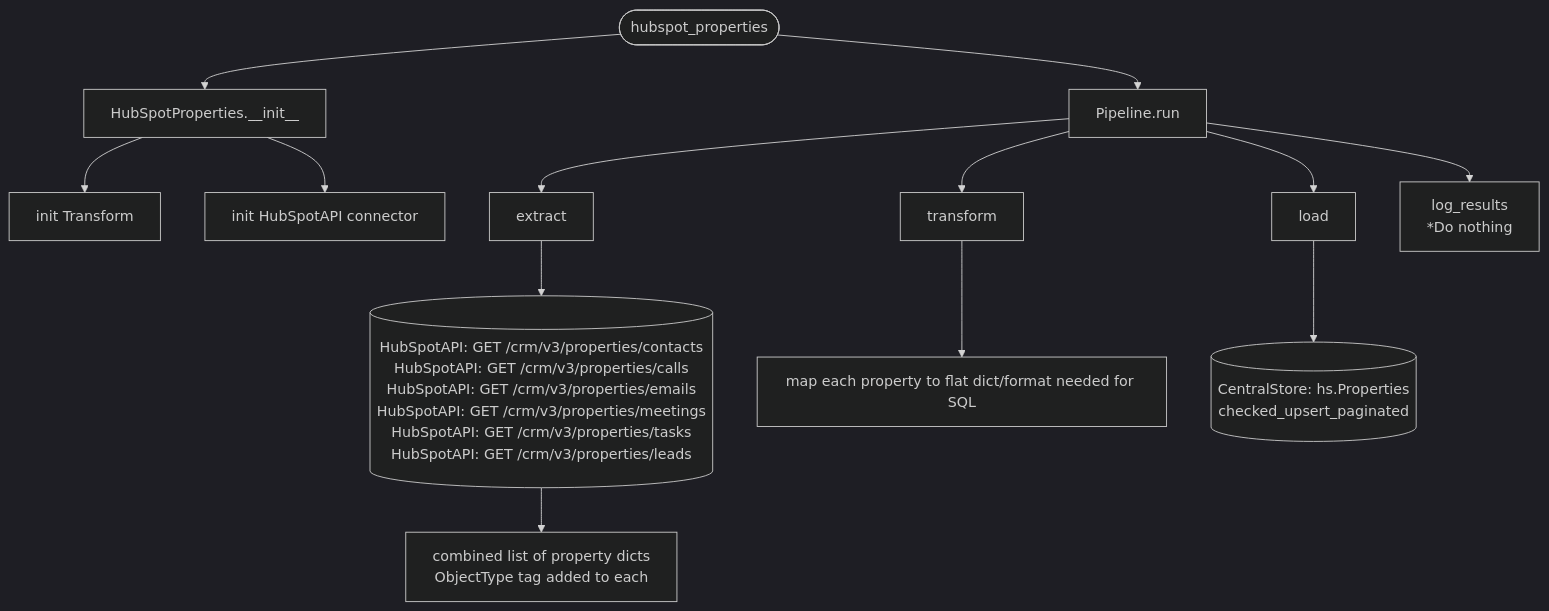
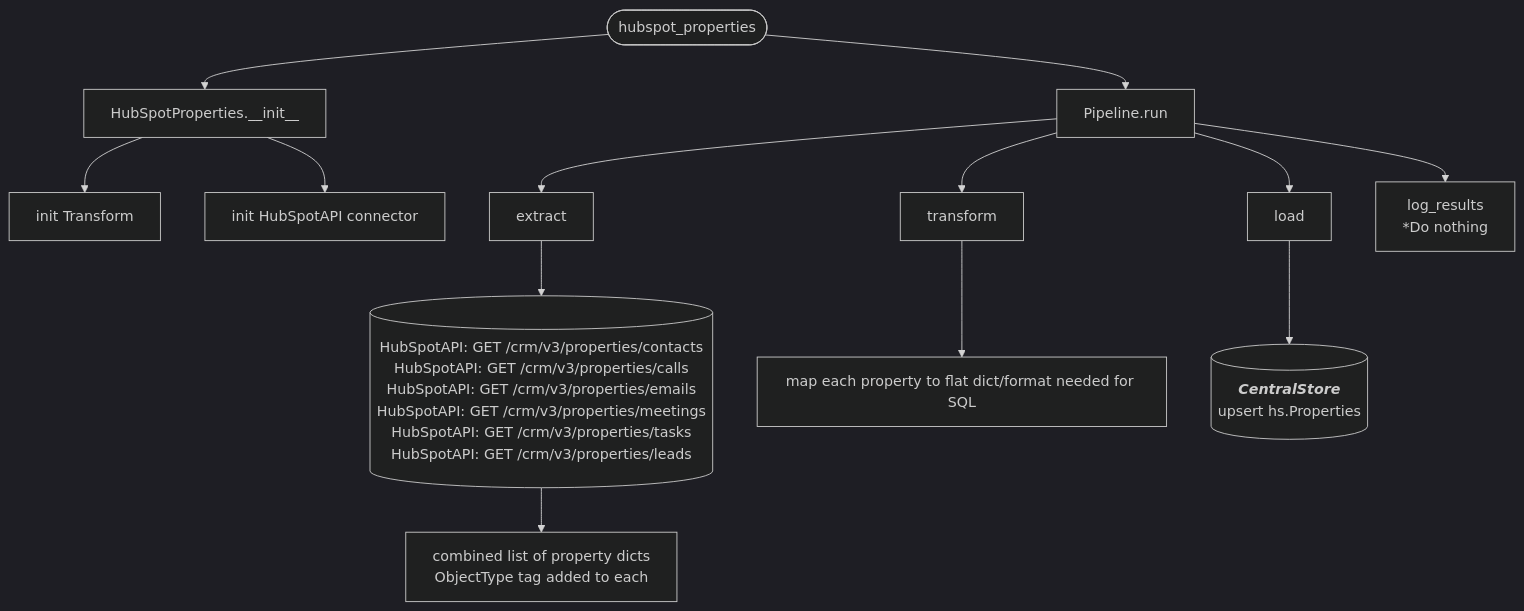
The diagram in docs/pipelines/hubspot_properties.md (journeyhl/integration-platform), drawn with Mermaid (dark theme) before and after one commit. The commit also changed 25 other files, not shown here.

````diff
--- a/docs/pipelines/hubspot_properties.md
+++ b/docs/pipelines/hubspot_properties.md
@@ -1,27 +1,30 @@
 ```mermaid
 %%{init: {"flowchart": {"wrappingWidth": 400}}}%%
 flowchart TD
     A([hubspot_properties]) --> B[HubSpotProperties.__init__]
     B --> B1[init Transform]
     B --> B2[init HubSpotAPI connector]
     A --> RUN[Pipeline.run]
 
     RUN --> EX[extract]
     
     EX --> HS[(HubSpotAPI: GET /crm/v3/properties/contacts
     HubSpotAPI: GET /crm/v3/properties/calls
     HubSpotAPI: GET /crm/v3/properties/emails
     HubSpotAPI: GET /crm/v3/properties/meetings
     HubSpotAPI: GET /crm/v3/properties/tasks
     HubSpotAPI: GET /crm/v3/properties/leads
     )]
     HS --> EX_OUT[combined list of property dicts<br/>ObjectType tag added to each]
 
     RUN --> TR[transform]
     TR --> T1[map each property to flat dict/format needed for SQL]
 
     RUN --> LD[load]
-    LD --> CS1[(CentralStore: hs.Properties<br/>checked_upsert_paginated)]
+    LD --> CS1[(
+        <b><i>CentralStore</i></b>
+        upsert hs.Properties
+    )]
 
     RUN --> LR[log_results<br/>*Do nothing]
 ```
````
